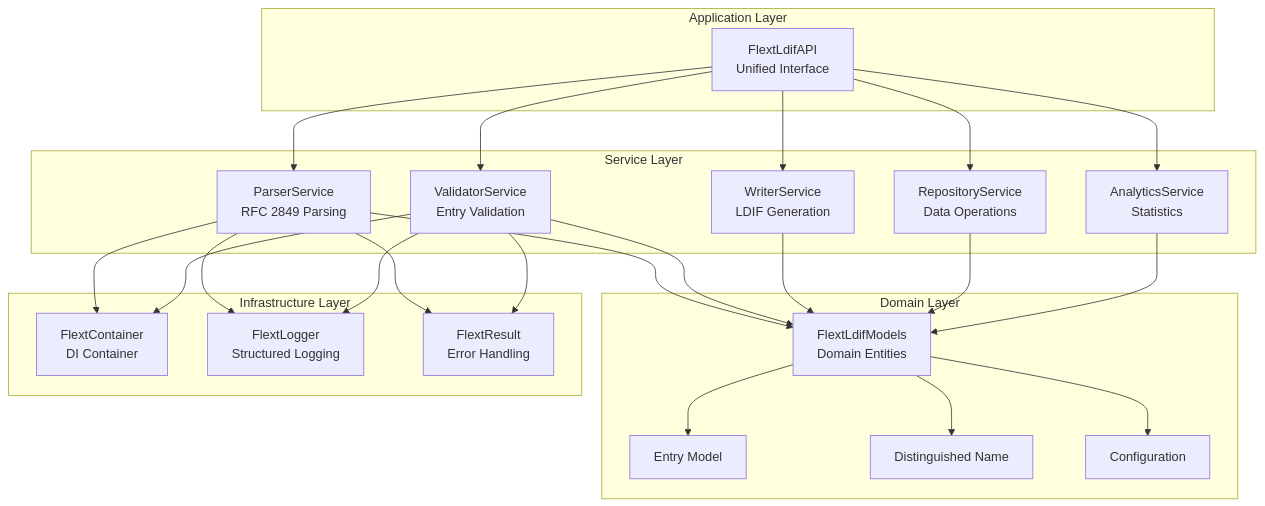
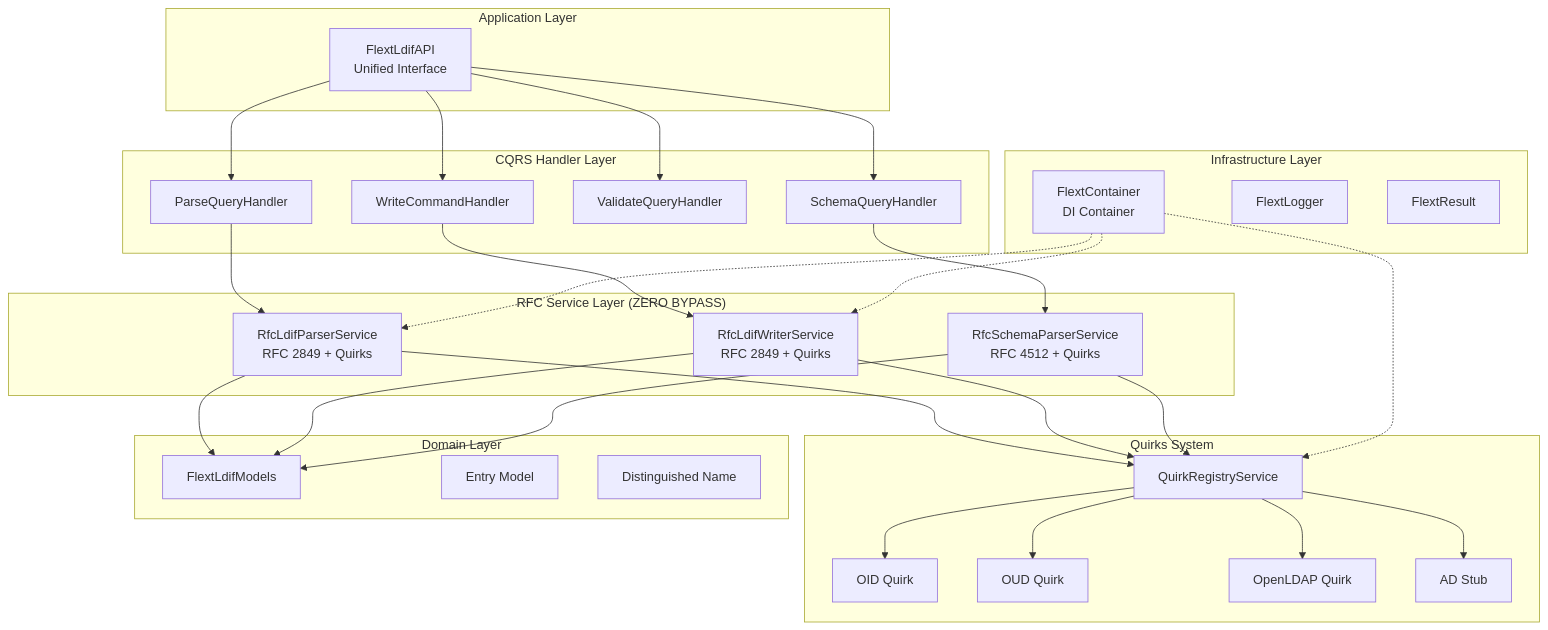
One commit to flext-sh/flext-ldif changed the first of 4 diagrams in docs/architecture.md. Above: the diagram before and after it, drawn with Mermaid. The commit also changed other lines of this file and 2 other files, not shown here.

First line of the commit message:
docs(flext-ldif): Complete RFC-first architecture documentation and bug fix

````diff
--- a/docs/architecture.md
+++ b/docs/architecture.md
@@ -45,51 +64,65 @@
 ```mermaid
 graph TB
     subgraph "Application Layer"
         API[FlextLdifAPI<br/>Unified Interface]
     end
 
-    subgraph "Service Layer"
-        Parser[ParserService<br/>RFC 2849 Parsing]
-        Validator[ValidatorService<br/>Entry Validation]
-        Writer[WriterService<br/>LDIF Generation]
-        Repository[RepositoryService<br/>Data Operations]
-        Analytics[AnalyticsService<br/>Statistics]
+    subgraph "CQRS Handler Layer"
+        ParseHandler[ParseQueryHandler]
+        WriteHandler[WriteCommandHandler]
+        ValidateHandler[ValidateQueryHandler]
+        SchemaHandler[SchemaQueryHandler]
+    end
+
+    subgraph "RFC Service Layer (ZERO BYPASS)"
+        RfcParser[RfcLdifParserService<br/>RFC 2849 + Quirks]
+        RfcWriter[RfcLdifWriterService<br/>RFC 2849 + Quirks]
+        RfcSchemaParser[RfcSchemaParserService<br/>RFC 4512 + Quirks]
+    end
+
+    subgraph "Quirks System"
+        Registry[QuirkRegistryService]
+        OIDQuirk[OID Quirk]
+        OUDQuirk[OUD Quirk]
+        OpenLDAPQuirk[OpenLDAP Quirk]
+        ADStub[AD Stub]
     end
 
     subgraph "Domain Layer"
-        Models[FlextLdifModels<br/>Domain Entities]
+        Models[FlextLdifModels]
         Entry[Entry Model]
         DN[Distinguished Name]
-        Config[Configuration]
     end
 
     subgraph "Infrastructure Layer"
         Container[FlextContainer<br/>DI Container]
-        Logger[FlextLogger<br/>Structured Logging]
-        Result[FlextResult<br/>Error Handling]
+        Logger[FlextLogger]
+        Result[FlextResult]
     end
 
-    API --> Parser
-    API --> Validator
-    API --> Writer
-    API --> Repository
-    API --> Analytics
+    API --> ParseHandler
+    API --> WriteHandler
+    API --> ValidateHandler
+    API --> SchemaHandler
 
-    Parser --> Models
-    Validator --> Models
-    Writer --> Models
-    Repository --> Models
-    Analytics --> Models
+    ParseHandler --> RfcParser
+    WriteHandler --> RfcWriter
+    SchemaHandler --> RfcSchemaParser
 
-    Models --> Entry
-    Models --> DN
-    Models --> Config
+    RfcParser --> Registry
+    RfcWriter --> Registry
+    RfcSchemaParser --> Registry
 
-    Parser --> Container
-    Parser --> Logger
-    Parser --> Result
+    Registry --> OIDQuirk
+    Registry --> OUDQuirk
+    Registry --> OpenLDAPQuirk
+    Registry --> ADStub
 
-    Validator --> Container
-    Validator --> Logger
-    Validator --> Result
+    RfcParser --> Models
+    RfcWriter --> Models
+    RfcSchemaParser --> Models
+
+    Container -.-> RfcParser
+    Container -.-> RfcWriter
+    Container -.-> Registry
 ```
````
